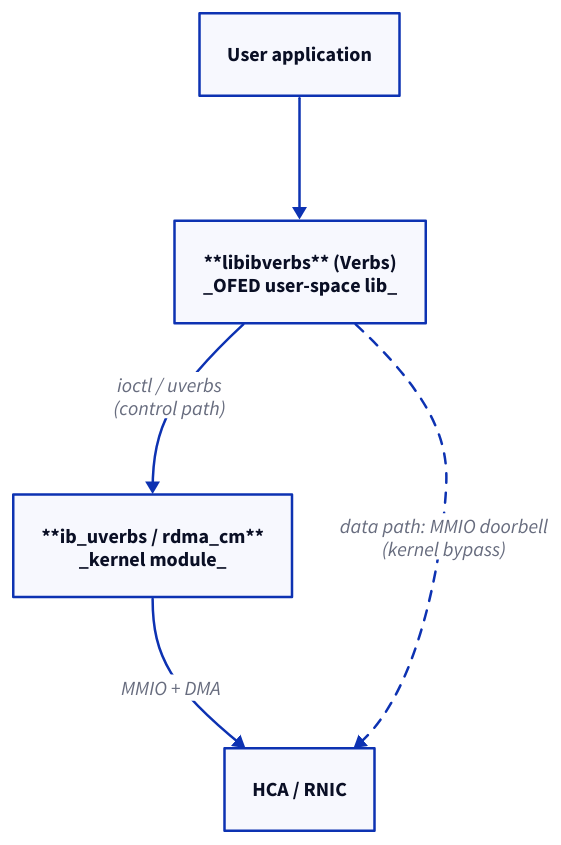
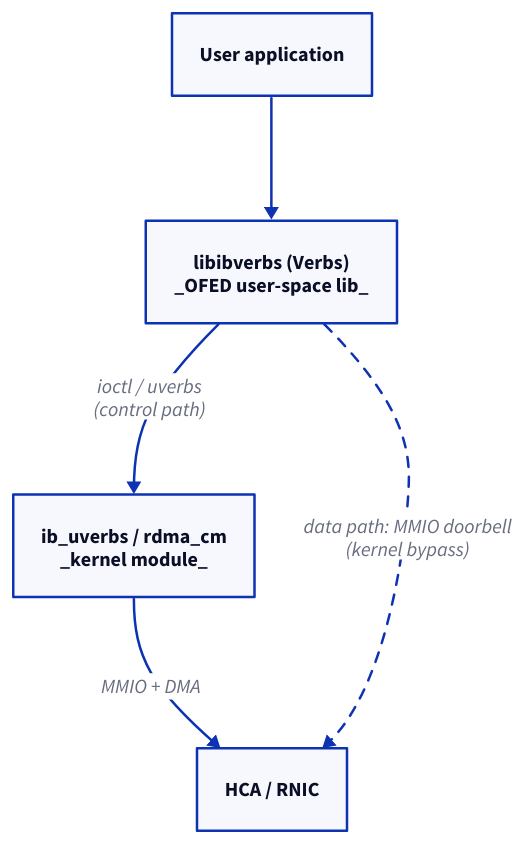
The seventh of 7 diagrams in starlight_site/src/content/docs/rdma/01_rdma_motivation.md (humbleowl39/DV_SKOOL), drawn with D2 before and after one commit. The commit also changed other lines of this file and 714 other files, not shown here.

First line of the commit message:
fix(site): d2 다이어그램 가독성 결함 6종 일괄 수정

````diff
--- a/starlight_site/src/content/docs/rdma/01_rdma_motivation.md
+++ b/starlight_site/src/content/docs/rdma/01_rdma_motivation.md
@@ -434,12 +434,12 @@
 ```d2
 direction: down
 
 APP: "User application"
-LIB: "**libibverbs** (Verbs)\n_OFED user-space lib_"
-KER: "**ib_uverbs / rdma_cm**\n_kernel module_"
+LIB: "libibverbs (Verbs)\n_OFED user-space lib_"
+KER: "ib_uverbs / rdma_cm\n_kernel module_"
 HW: "HCA / RNIC"
 APP -> LIB
 LIB -> KER: "ioctl / uverbs\n(control path)"
 KER -> HW: "MMIO + DMA"
 LIB -> HW: "data path: MMIO doorbell\n(kernel bypass)" { style.stroke-dash: 4 }
 ```
````
